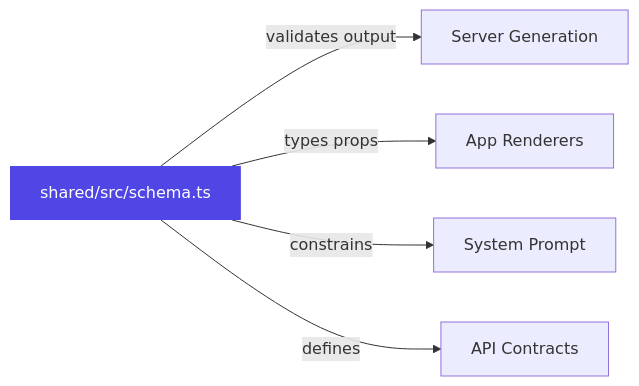
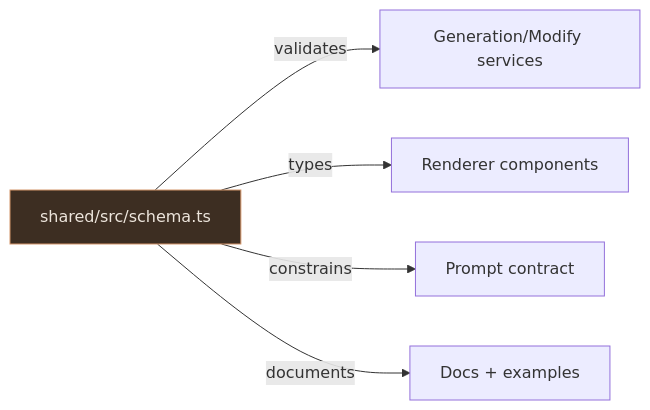
Before and after one commit to wartelth/baristapp: the third of 3 diagrams in docs/docs/architecture/overview.md, drawn with Mermaid. The commit also changed other lines of this file and 304 other files, not shown here.

````diff
--- a/docs/docs/architecture/overview.md
+++ b/docs/docs/architecture/overview.md
@@ -92,10 +116,10 @@
 ```mermaid
 flowchart LR
     S["shared/src/schema.ts"]
-    S -->|validates output| Gen["Server Generation"]
-    S -->|types props| Rend["App Renderers"]
-    S -->|constrains| Prompt["System Prompt"]
-    S -->|defines| API["API Contracts"]
+    S -->|validates| Gen["Generation/Modify services"]
+    S -->|types| Rend["Renderer components"]
+    S -->|constrains| Prompt["Prompt contract"]
+    S -->|documents| Docs["Docs + examples"]
 
-    style S fill:#4f46e5,color:#fff,stroke:none
+    style S fill:#3d2e22,color:#ede5dc,stroke:#d4956a
 ```
````
